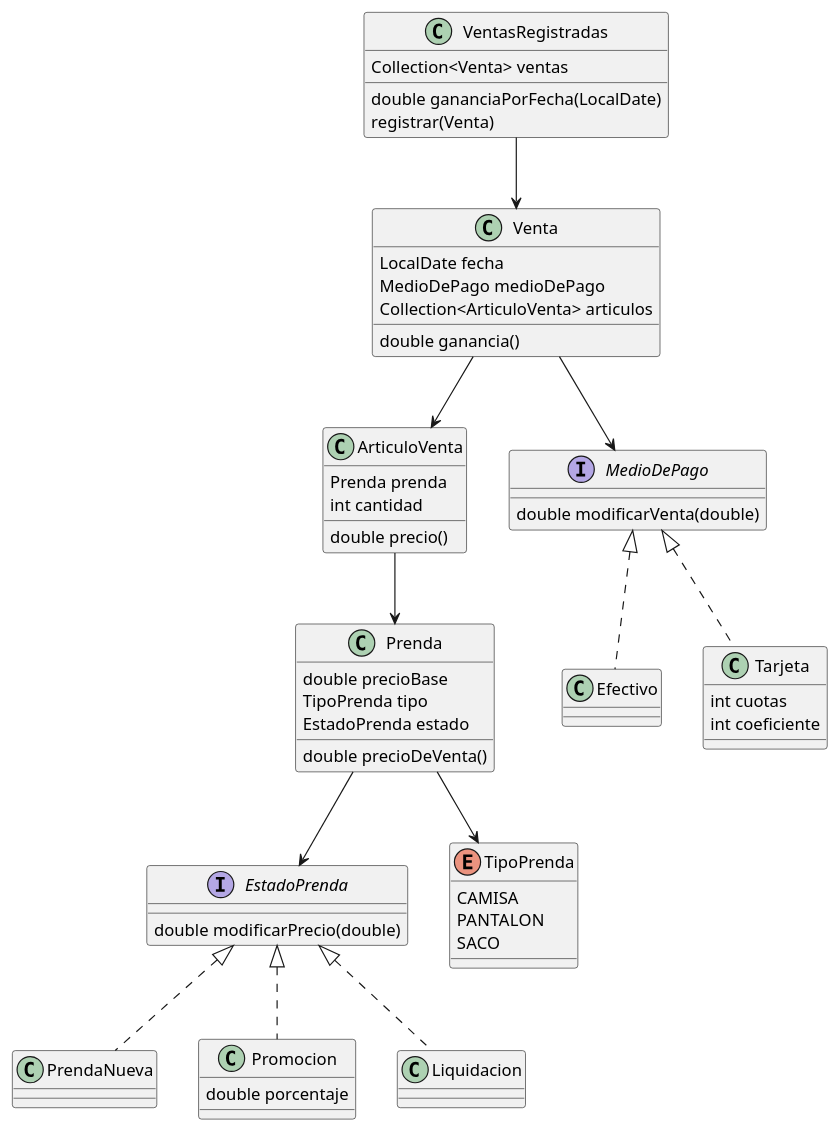
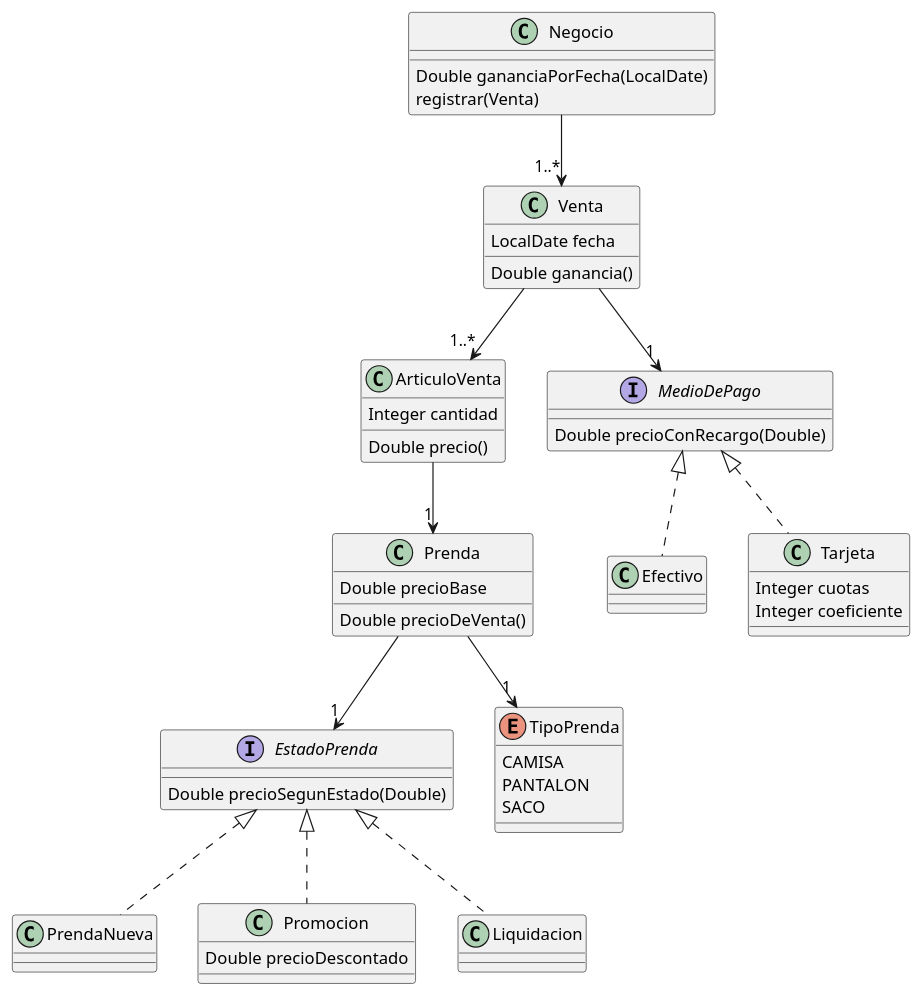
One commit to MarcoPiatti/dds_macowins changed the diagram in macowins_diagrama.puml. Above: the diagram before and after it, drawn with PlantUML. The commit also changed 25 other files, not shown here.

```diff
--- a/macowins_diagrama.puml
+++ b/macowins_diagrama.puml
@@ -1,76 +1,70 @@
 @startuml macowins_diagrama
 
 interface EstadoPrenda {
-    double modificarPrecio(double)
+    Double precioSegunEstado(Double)
 }
 
 class PrendaNueva 
 EstadoPrenda <|.. PrendaNueva
 
 class Promocion {
-    double porcentaje
+    Double precioDescontado
 }
 EstadoPrenda <|.. Promocion
 
 class Liquidacion
 EstadoPrenda <|.. Liquidacion
 
 '''''''''''''''''''''''''''''
 
 class Prenda {
-    double precioBase
-    TipoPrenda tipo
-    EstadoPrenda estado
-    double precioDeVenta()
+    Double precioBase
+    Double precioDeVenta()
 }
-Prenda --> EstadoPrenda
+Prenda --> "1" EstadoPrenda
 
 enum TipoPrenda {
     CAMISA
     PANTALON
     SACO
 }
-Prenda --> TipoPrenda
+Prenda --> "1" TipoPrenda
 
 
 '''''''''''''''''''''''''''''
 
 class ArticuloVenta{
-    Prenda prenda
-    int cantidad
-    double precio()
+    Integer cantidad
+    Double precio()
 }
-ArticuloVenta --> Prenda
+ArticuloVenta --> "1" Prenda
 
 interface MedioDePago{
-    double modificarVenta(double)
+    Double precioConRecargo(Double)
 }
 
 class Efectivo
 MedioDePago <|.. Efectivo
 
 class Tarjeta {
-    int cuotas
-    int coeficiente
+    Integer cuotas
+    Integer coeficiente
 }
 MedioDePago <|.. Tarjeta
 
 class Venta {
     LocalDate fecha
-    MedioDePago medioDePago
-    Collection<ArticuloVenta> articulos
-    double ganancia()
+    Double ganancia()
 }
-Venta --> MedioDePago
-Venta --> ArticuloVenta
+Venta --> "1" MedioDePago
+Venta --> "1..*" ArticuloVenta
 
 '''''''''''''''''''''''''''''
 
-class VentasRegistradas {
-    Collection<Venta> ventas
-    double gananciaPorFecha(LocalDate)
+class Negocio {
+    Double gananciaPorFecha(LocalDate)
     registrar(Venta)
 }
-VentasRegistradas --> Venta
+Negocio --> "1..*" Venta
 
 @enduml
```
